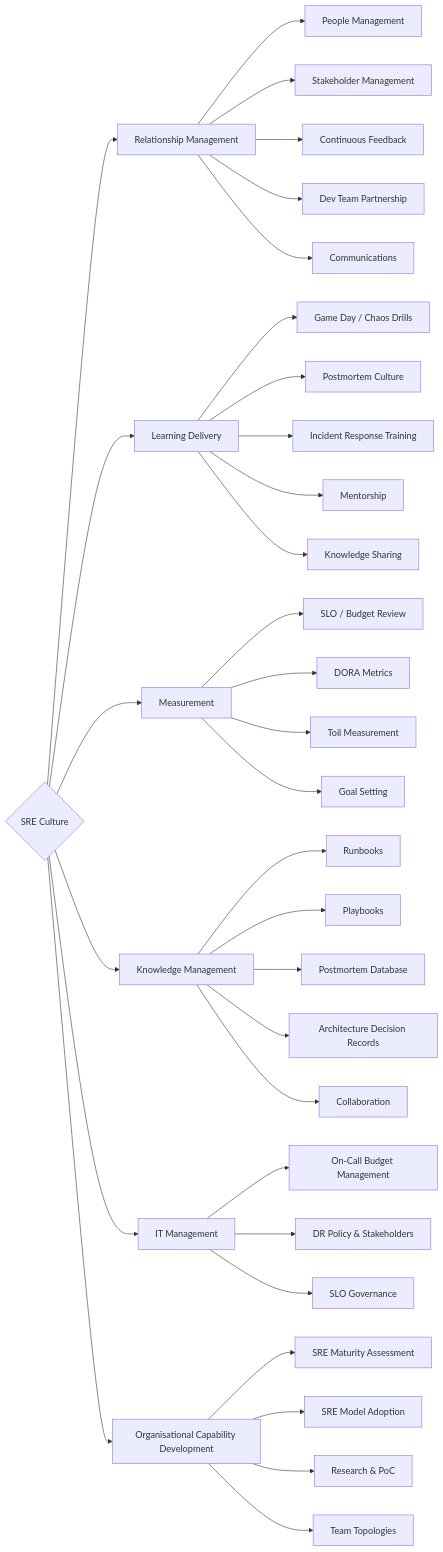
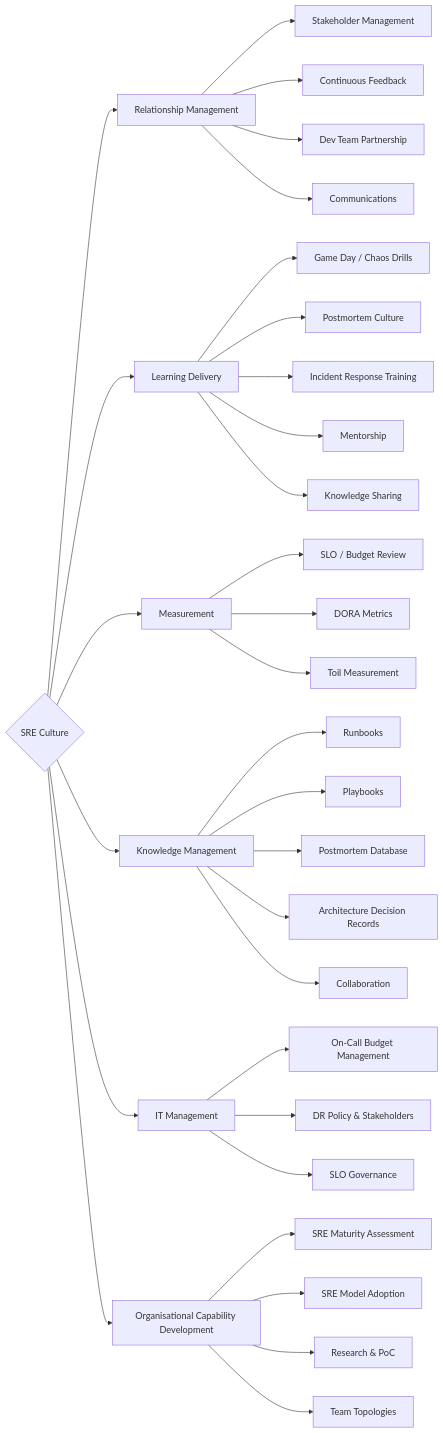
Before and after one commit to jtprogru/The-Way-of-SRE: the diagram in docs/sre-culture.md, drawn with Mermaid. The commit also changed other lines of this file and 1 other file, not shown here.

First paragraph of the commit message:
docs(graphs): применить overlaps 10/11/6 — удалить дубли из Culture и Practices
Применяет к графам docs/sre-{culture,practices}.md три решения,
зафиксированные в предыдущем коммите серии (overlaps.md строки 6,
10, 11).

````diff
--- a/docs/sre-culture.md
+++ b/docs/sre-culture.md
@@ -20,42 +20,40 @@
 ```mermaid
 graph LR
     SRECulture{SRE Culture}
     SRECulture --> RLMT[Relationship Management]
     SRECulture --> ETDL[Learning Delivery]
     SRECulture --> MEAS[Measurement]
     SRECulture --> KNOW[Knowledge Management]
     SRECulture --> ITMG[IT Management]
     SRECulture --> OCDV[Organisational Capability Development]
 
-    RLMT --> PeopleMgmt[People Management]
     RLMT --> StakeholderMgmt[Stakeholder Management]
     RLMT --> ContinuousFeedback[Continuous Feedback]
     RLMT --> DevTeamPartnership[Dev Team Partnership]
     RLMT --> Communications[Communications]
 
     ETDL --> GameDay[Game Day / Chaos Drills]
     ETDL --> PostmortemCulture[Postmortem Culture]
     ETDL --> IRTraining[Incident Response Training]
     ETDL --> Mentorship[Mentorship]
     ETDL --> KnowledgeSharing[Knowledge Sharing]
 
     MEAS --> SLOBudgetReview[SLO / Budget Review]
     MEAS --> DORAMetrics[DORA Metrics]
     MEAS --> ToilMeasurement[Toil Measurement]
-    MEAS --> GoalSetting[Goal Setting]
 
     KNOW --> Runbooks[Runbooks]
     KNOW --> Playbooks[Playbooks]
     KNOW --> PostmortemDB[Postmortem Database]
     KNOW --> ADR[Architecture Decision Records]
     KNOW --> Collaboration[Collaboration]
 
     ITMG --> OnCallBudget[On-Call Budget Management]
     ITMG --> DRPolicy[DR Policy & Stakeholders]
     ITMG --> SLOGovernance[SLO Governance]
 
     OCDV --> SREMaturity[SRE Maturity Assessment]
     OCDV --> SREModel[SRE Model Adoption]
     OCDV --> ResearchPoC[Research & PoC]
     OCDV --> TeamTopologies[Team Topologies]
 ```
````
